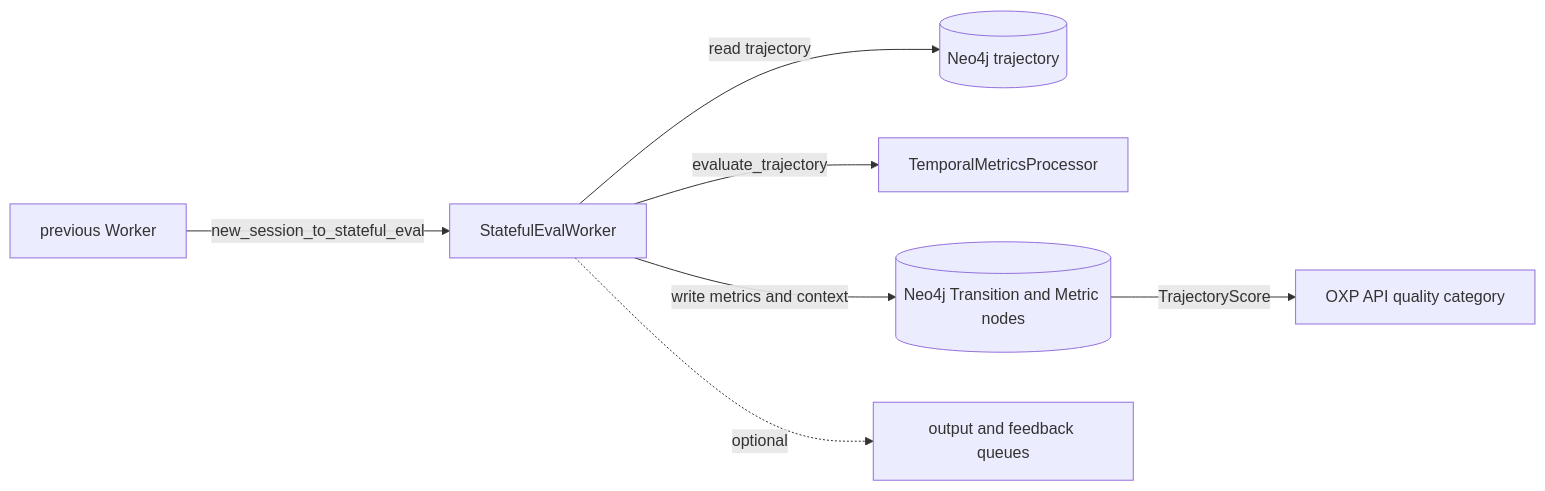
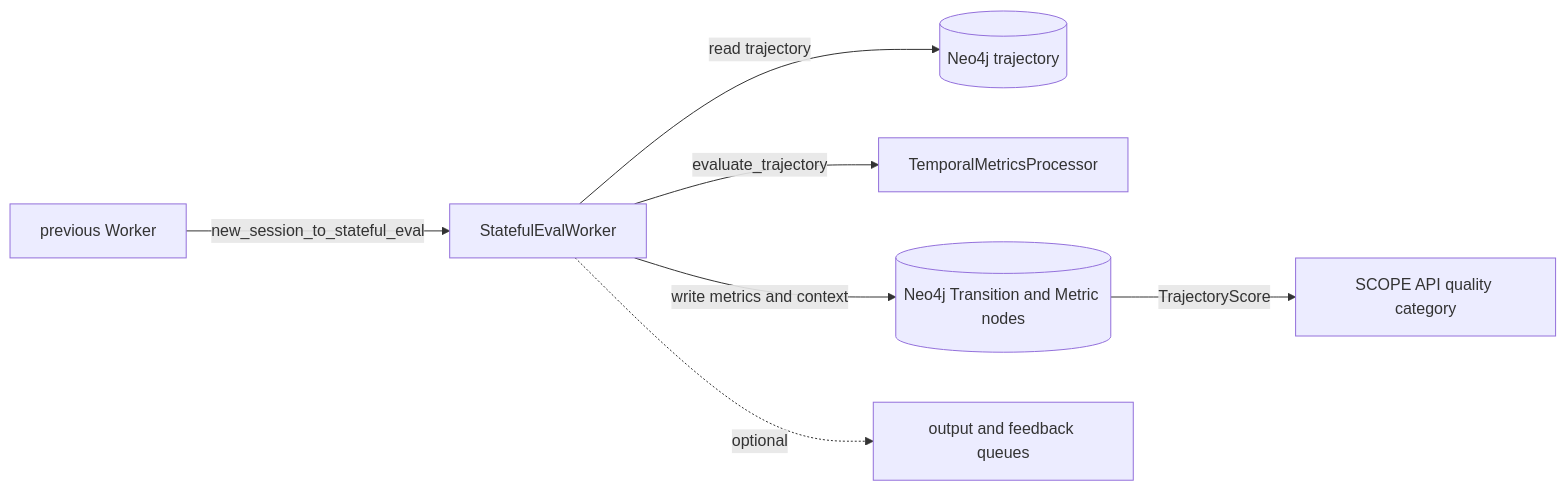
The diagram in backend/workers/stateful-eval-worker/README.md (ioc-project/scope), drawn with Mermaid before and after one commit. The commit also changed other lines of this file and 706 other files, not shown here.

First line of the commit message:
feat: renaming OXP -> SCOPE (#2)

````diff
--- a/backend/workers/stateful-eval-worker/README.md
+++ b/backend/workers/stateful-eval-worker/README.md
@@ -17,9 +17,9 @@
 ```mermaid
 flowchart LR
     A[previous Worker] -->|new_session_to_stateful_eval| B[StatefulEvalWorker]
     B -->|read trajectory| C[(Neo4j trajectory)]
     B -->|evaluate_trajectory| D[TemporalMetricsProcessor]
     B -->|write metrics and context| E[(Neo4j Transition and Metric nodes)]
-    E -->|TrajectoryScore| F[OXP API quality category]
+    E -->|TrajectoryScore| F[SCOPE API quality category]
     B -.->|optional| G[output and feedback queues]
 ```
````
